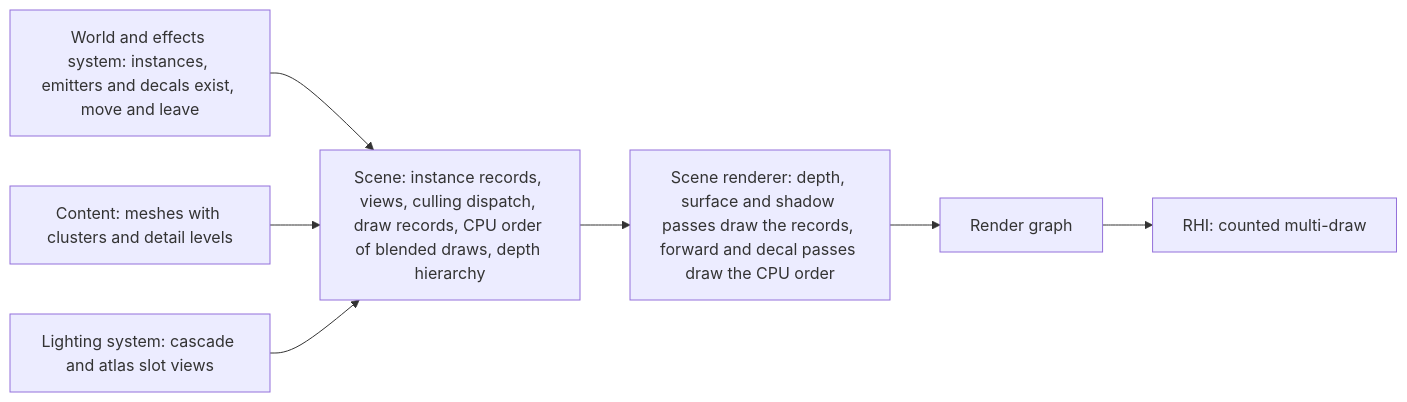
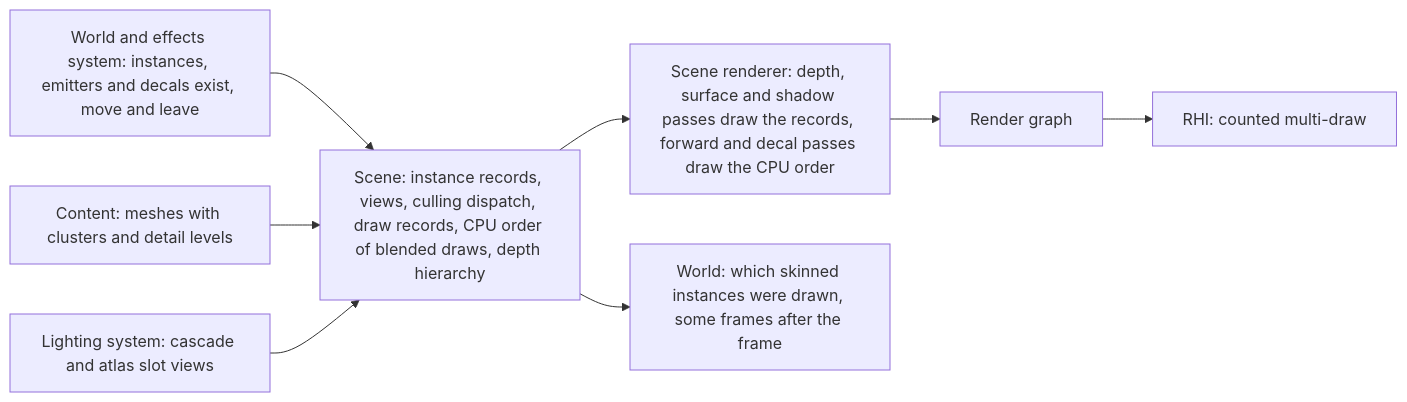
The first of 2 diagrams in docs/architecture/scene.md (plainsight-systems/bullet-witch), drawn with Mermaid before and after one commit. The commit also changed other lines of this file and 2 other files, not shown here.

First line of the commit message:
State which characters are posed: a pose option per character and a drawn bit per skinned instance the scene reads back

````diff
--- a/docs/architecture/scene.md
+++ b/docs/architecture/scene.md
@@ -27,9 +29,10 @@
 ```mermaid
 flowchart LR
     W["World and effects system: instances, emitters and decals exist, move and leave"] --> S["Scene: instance records, views, culling dispatch, draw records, CPU order of blended draws, depth hierarchy"]
     CT["Content: meshes with clusters and detail levels"] --> S
     LT["Lighting system: cascade and atlas slot views"] --> S
     S --> SR["Scene renderer: depth, surface and shadow passes draw the records, forward and decal passes draw the CPU order"]
+    S --> WD["World: which skinned instances were drawn, some frames after the frame"]
     SR --> RG["Render graph"]
     RG --> RHI["RHI: counted multi-draw"]
 ```
````
